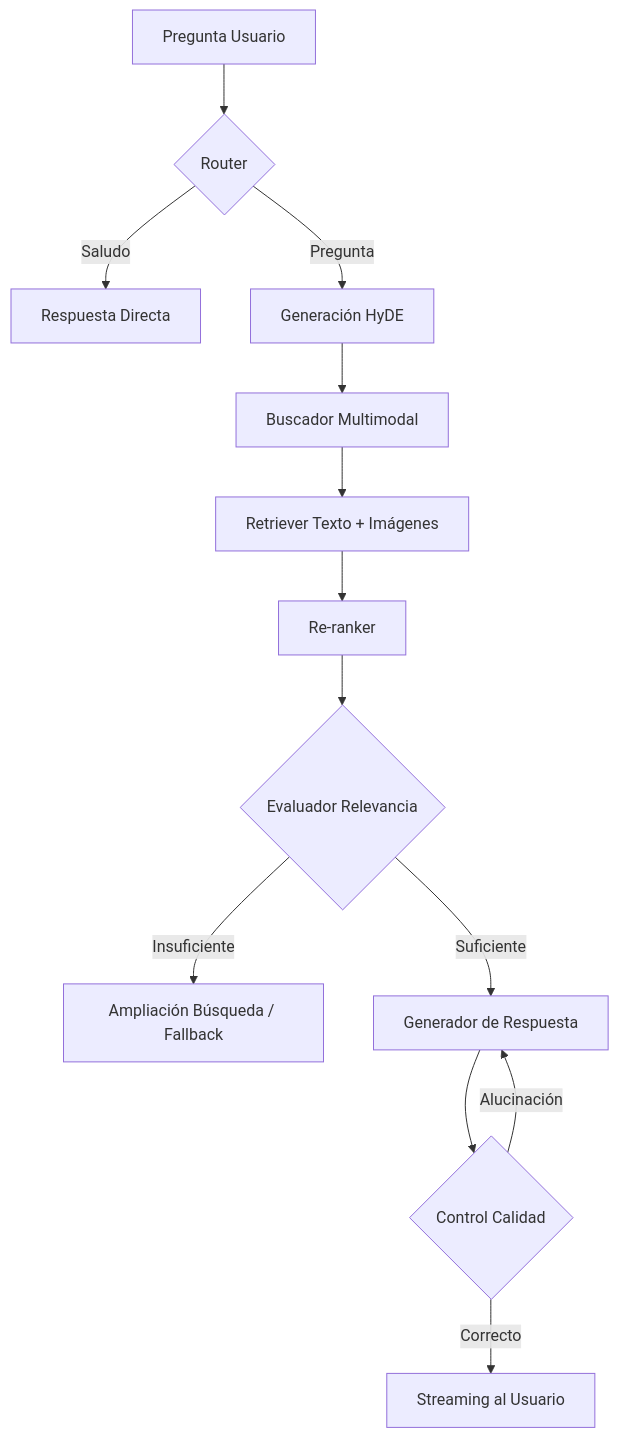
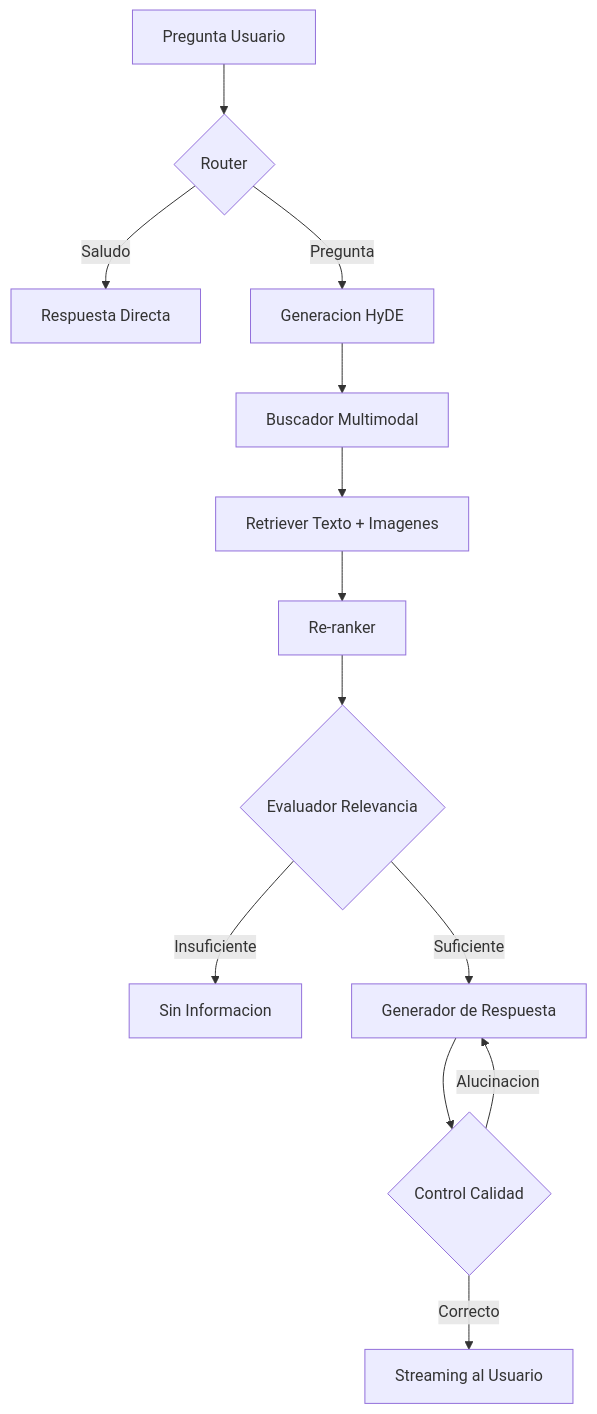
The diagram in README.md (iratisimon/aba-rag), drawn with Mermaid before and after one commit. The commit also changed other lines of this file and 7 other files, not shown here.

````diff
--- a/README.md
+++ b/README.md
@@ -47,15 +49,15 @@
 ```mermaid
 graph TD
     A[Pregunta Usuario] --> B{Router}
     B -- Saludo --> C[Respuesta Directa]
-    B -- Pregunta --> D[Generación HyDE]
+    B -- Pregunta --> D[Generacion HyDE]
     D --> E[Buscador Multimodal]
-    E --> F[Retriever Texto + Imágenes]
+    E --> F[Retriever Texto + Imagenes]
     F --> G[Re-ranker]
     G --> H{Evaluador Relevancia}
-    H -- Insuficiente --> I[Ampliación Búsqueda / Fallback]
+    H -- Insuficiente --> I[Sin Informacion]
     H -- Suficiente --> J[Generador de Respuesta]
     J --> K{Control Calidad}
-    K -- Alucinación --> J
+    K -- Alucinacion --> J
     K -- Correcto --> L[Streaming al Usuario]
 ```
````
